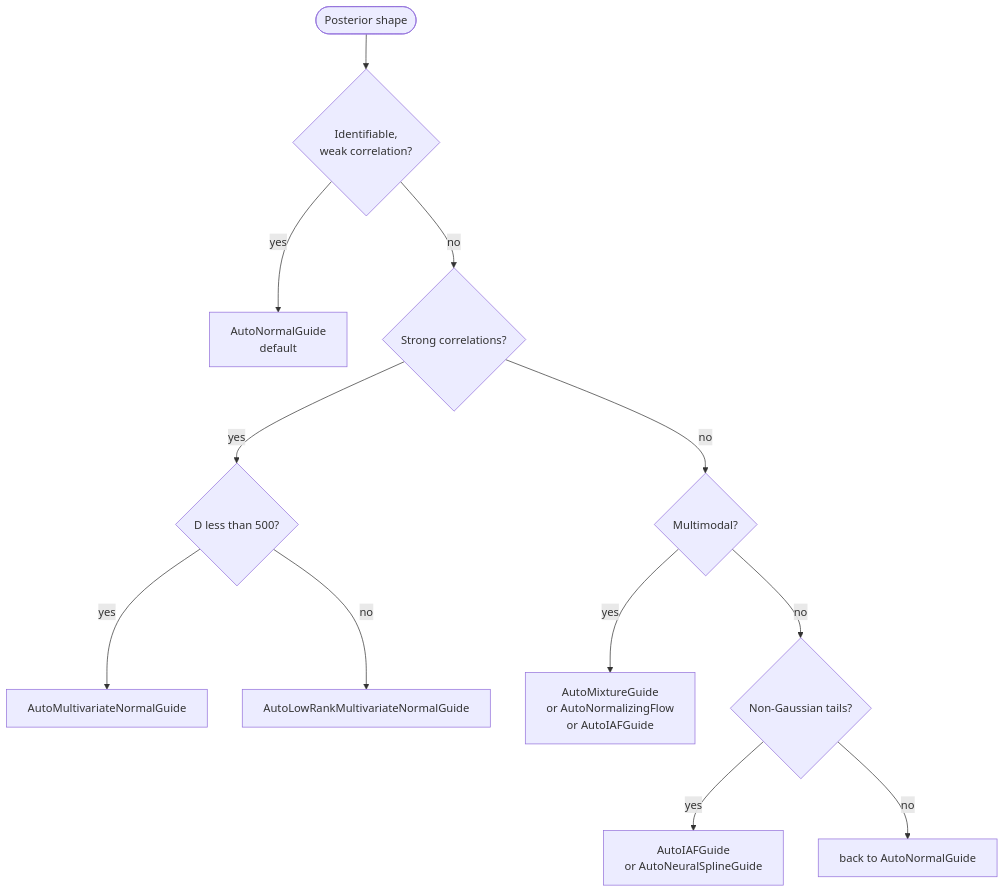
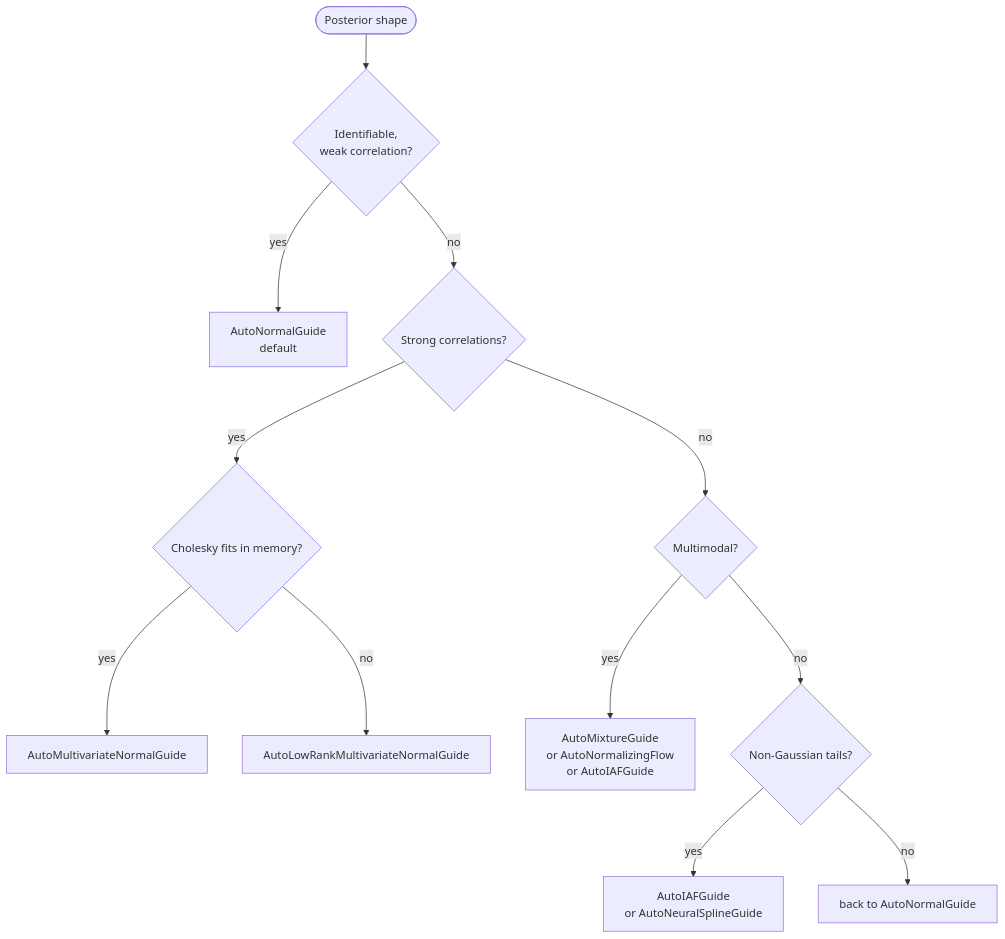
Before and after one commit to FACTSlab/quivers: the diagram in docs/tutorials/qvr/06-inference-zoo.md, drawn with Mermaid. The commit also changed other lines of this file and 69 other files, not shown here.

````diff
--- a/docs/tutorials/qvr/06-inference-zoo.md
+++ b/docs/tutorials/qvr/06-inference-zoo.md
@@ -22,14 +22,14 @@
 ```mermaid
 flowchart TD
     start(["Posterior shape"]) --> id{"Identifiable,<br/>weak correlation?"}
     id -- yes --> normal["AutoNormalGuide<br/>default"]
     id -- no  --> corr{"Strong correlations?"}
-    corr -- yes --> dim{"D less than 500?"}
+    corr -- yes --> dim{"Cholesky fits in memory?"}
     dim -- yes --> mvn["AutoMultivariateNormalGuide"]
     dim -- no  --> lr["AutoLowRankMultivariateNormalGuide"]
     corr -- no  --> multi{"Multimodal?"}
     multi -- yes --> mix["AutoMixtureGuide<br/>or AutoNormalizingFlow<br/>or AutoIAFGuide"]
     multi -- no  --> tails{"Non-Gaussian tails?"}
     tails -- yes --> flow["AutoIAFGuide<br/>or AutoNeuralSplineGuide"]
     tails -- no  --> normal2["back to AutoNormalGuide"]
 ```
````
